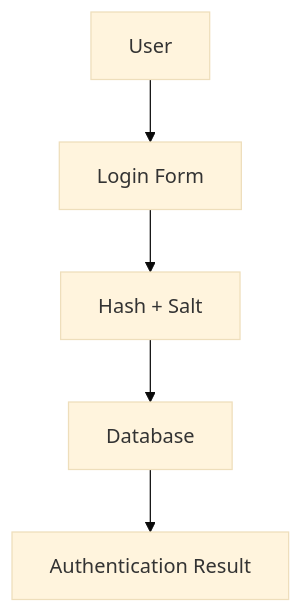
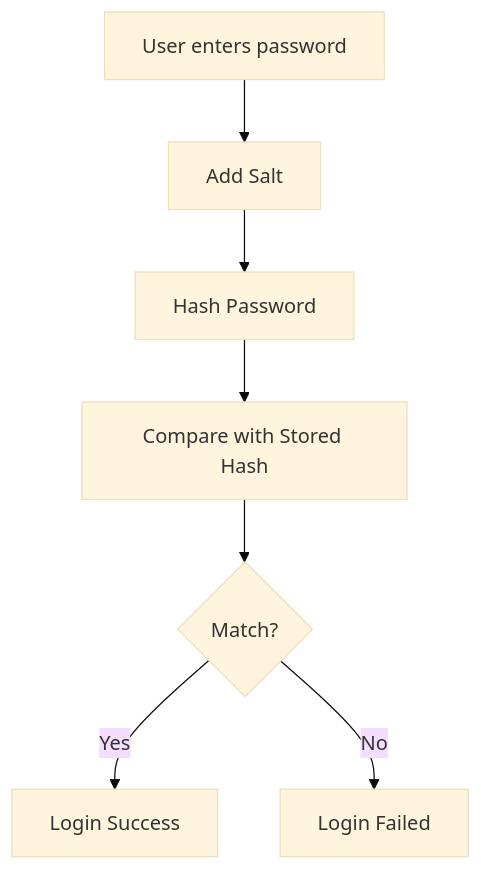
Before and after one commit to claricenunes/cs50-cybersecurity-projects: the diagram in README.md, drawn with Mermaid (base theme). The commit also changed other lines of this file, not shown here.

Commit message:
Revise authentication flow in README
Updated authentication flow diagram to reflect password handling.

````diff
--- a/README.md
+++ b/README.md
@@ -23,7 +23,9 @@
 ```mermaid
 flowchart TD
-A[User] --> B[Login Form]
-B --> C[Hash + Salt]
-C --> D[Database]
-D --> E[Authentication Result]
+A[User enters password] --> B[Add Salt]
+B --> C[Hash Password]
+C --> D[Compare with Stored Hash]
+D --> E{Match?}
+E -->|Yes| F[Login Success]
+E -->|No| G[Login Failed]
 ```
````
